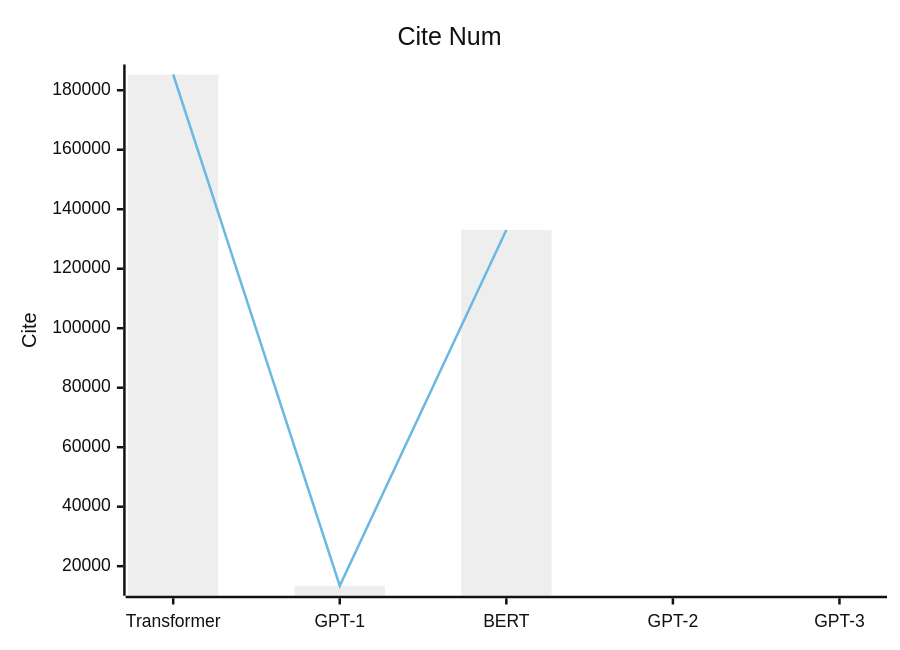
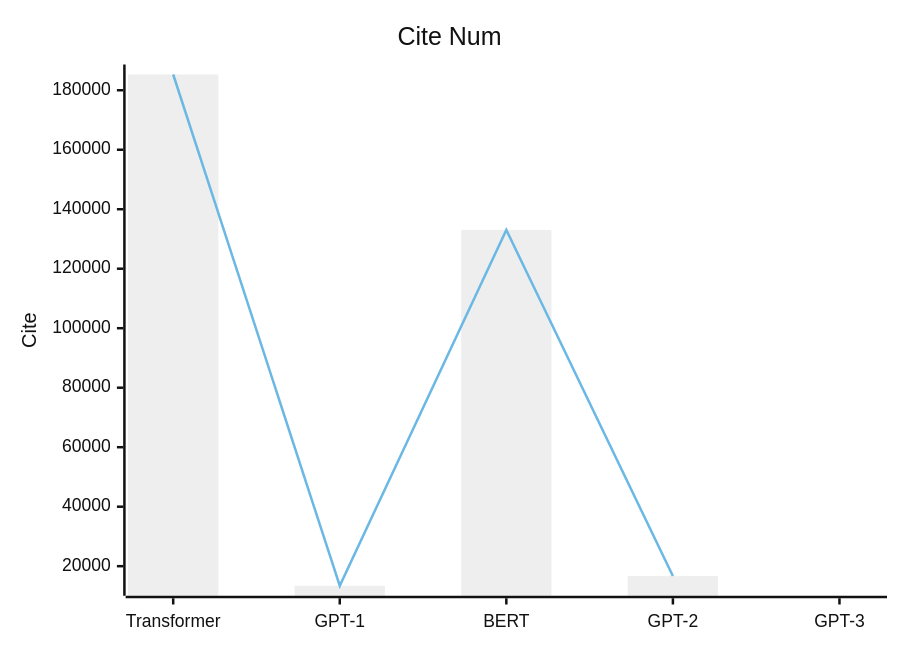
The fourth of 4 diagrams in Base_Model/LLM/analyse.md (Elephant-King9/Paper), drawn with Mermaid (neutral theme) before and after one commit. The commit also changed other lines of this file and 4 other files, not shown here.

````diff
--- a/Base_Model/LLM/analyse.md
+++ b/Base_Model/LLM/analyse.md
@@ -59,8 +62,8 @@
 ```mermaid
     xychart-beta
     title "Cite Num"
     x-axis [Transformer,GPT-1,BERT,GPT-2,GPT-3]
     y-axis "Cite" 
-    bar [185289,13424, 133047]
-    line [185289,13424, 133047]
+    bar [185289,13424,133047,16676]
+    line [185289,13424,133047,16676]
 ```
````
